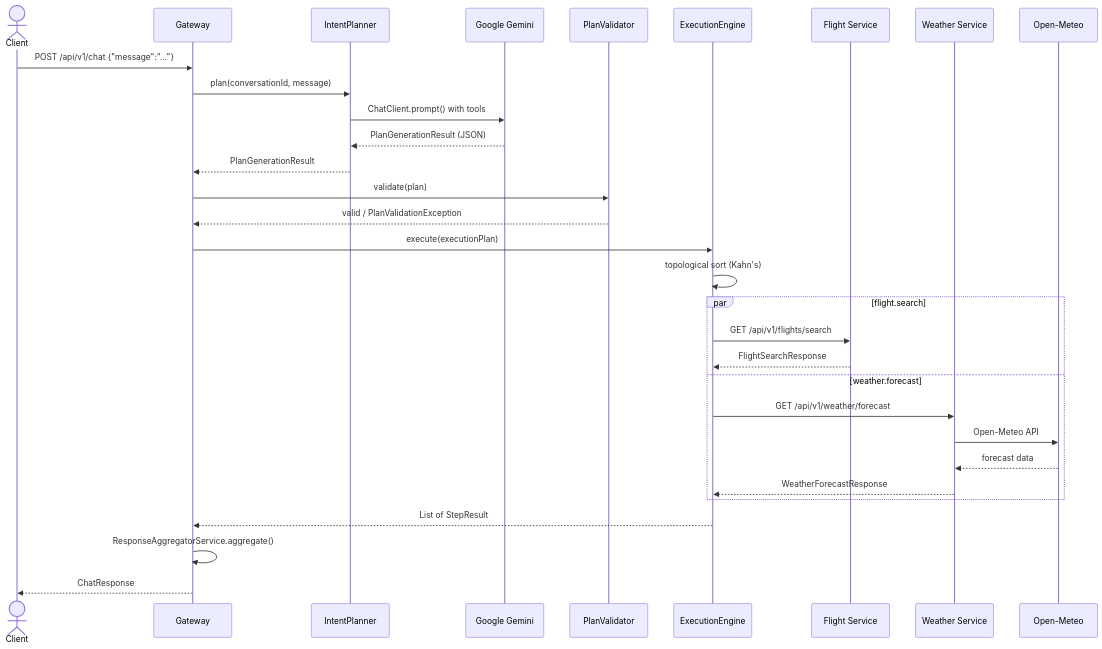
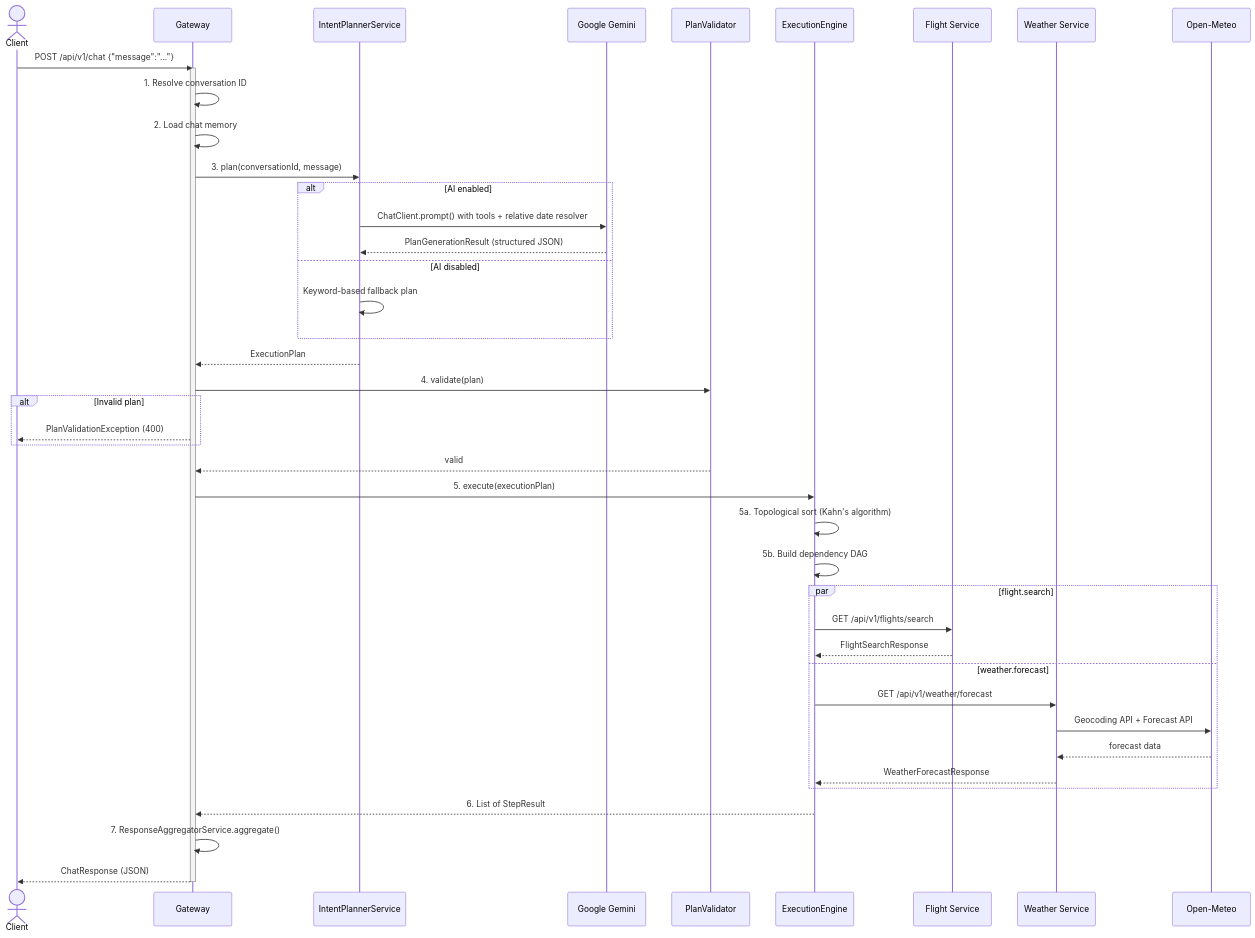
One commit to abhim8/ai-orchestration-platform changed the second of 2 diagrams in README.md. Above: the diagram before and after it, drawn with Mermaid. The commit also changed other lines of this file and 6 other files, not shown here.

````diff
--- a/README.md
+++ b/README.md
@@ -50,34 +103,52 @@
 ```mermaid
 sequenceDiagram
     actor Client
     participant Gateway
-    participant Planner as IntentPlanner
+    participant Planner as IntentPlannerService
     participant Gemini as Google Gemini
     participant Validator as PlanValidator
     participant Engine as ExecutionEngine
     participant Flight as Flight Service
     participant Weather as Weather Service
     participant OM as Open-Meteo
 
     Client->>Gateway: POST /api/v1/chat {"message":"..."}
-    Gateway->>Planner: plan(conversationId, message)
-    Planner->>Gemini: ChatClient.prompt() with tools
-    Gemini-->>Planner: PlanGenerationResult (JSON)
-    Planner-->>Gateway: PlanGenerationResult
-    Gateway->>Validator: validate(plan)
-    Validator-->>Gateway: valid / PlanValidationException
-    Gateway->>Engine: execute(executionPlan)
-    Engine->>Engine: topological sort (Kahn's)
+    activate Gateway
+
+    Gateway->>Gateway: 1. Resolve conversation ID
+    Gateway->>Gateway: 2. Load chat memory
+
+    Gateway->>Planner: 3. plan(conversationId, message)
+    alt AI enabled
+        Planner->>Gemini: ChatClient.prompt() with tools + relative date resolver
+        Gemini-->>Planner: PlanGenerationResult (structured JSON)
+    else AI disabled
+        Planner->>Planner: Keyword-based fallback plan
+    end
+    Planner-->>Gateway: ExecutionPlan
+
+    Gateway->>Validator: 4. validate(plan)
+    alt Invalid plan
+        Gateway-->>Client: PlanValidationException (400)
+    end
+    Validator-->>Gateway: valid
+
+    Gateway->>Engine: 5. execute(executionPlan)
+    Engine->>Engine: 5a. Topological sort (Kahn's algorithm)
+    Engine->>Engine: 5b. Build dependency DAG
+
     par flight.search
         Engine->>Flight: GET /api/v1/flights/search
         Flight-->>Engine: FlightSearchResponse
     and weather.forecast
         Engine->>Weather: GET /api/v1/weather/forecast
-        Weather->>OM: Open-Meteo API
+        Weather->>OM: Geocoding API + Forecast API
         OM-->>Weather: forecast data
         Weather-->>Engine: WeatherForecastResponse
     end
-    Engine-->>Gateway: List of StepResult
-    Gateway->>Gateway: ResponseAggregatorService.aggregate()
-    Gateway-->>Client: ChatResponse
+
+    Engine-->>Gateway: 6. List of StepResult
+    Gateway->>Gateway: 7. ResponseAggregatorService.aggregate()
+    Gateway-->>Client: ChatResponse (JSON)
+    deactivate Gateway
 ```
````
